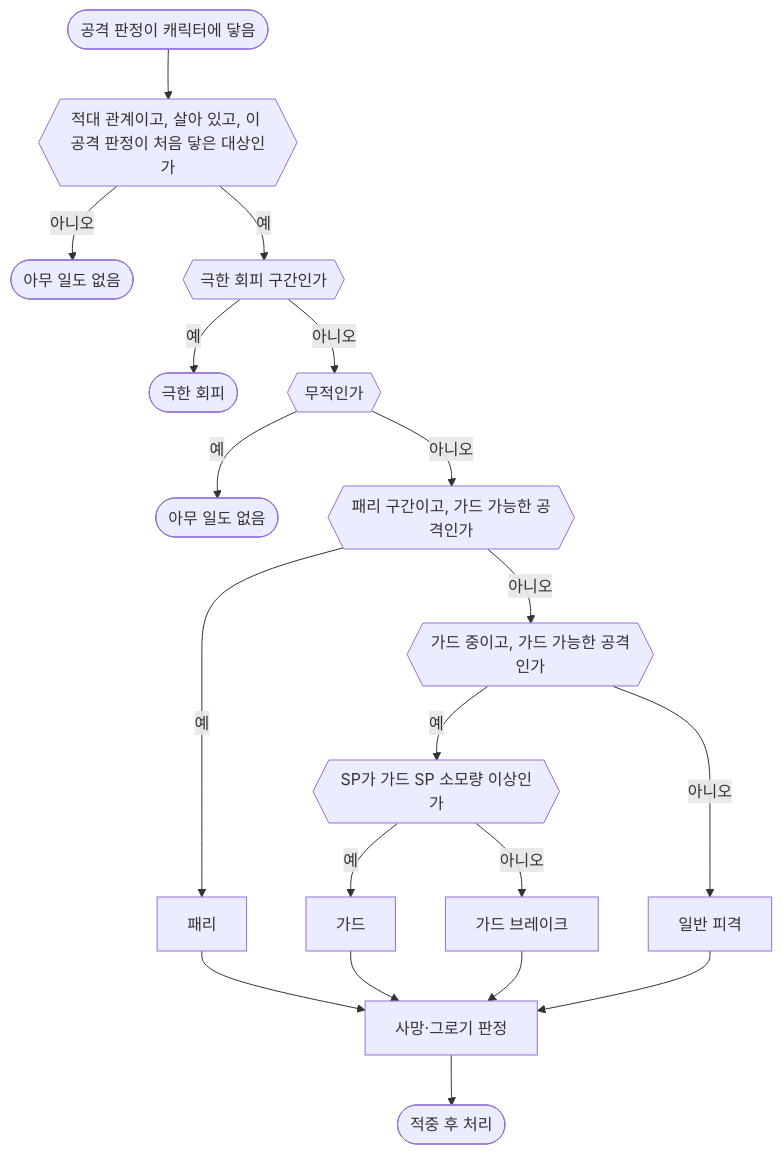
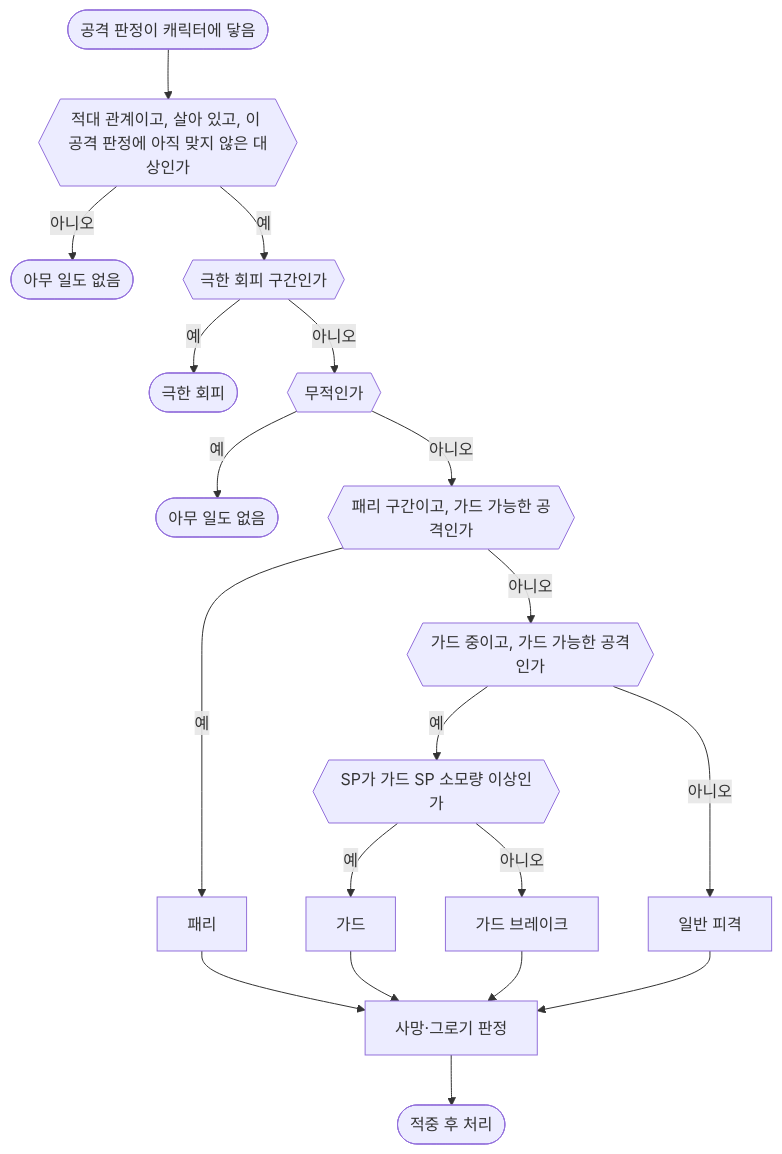
The diagram in Docs/Design/전투 시스템.md (Woogl/Ag), drawn with Mermaid before and after one commit. The commit also changed other lines of this file and 44 other files, not shown here.

````diff
--- a/Docs/Design/전투 시스템.md
+++ b/Docs/Design/전투 시스템.md
@@ -83,21 +95,21 @@
 ```mermaid
 flowchart TD
-    touch(["공격 판정이 캐릭터에 닿음"]) --> valid{{"적대 관계이고, 살아 있고, 이 공격 판정이 처음 닿은 대상인가"}}
+    touch(["공격 판정이 캐릭터에 닿음"]) --> valid{{"적대 관계이고, 살아 있고, 이 공격 판정에 아직 맞지 않은 대상인가"}}
     valid -->|아니오| none1(["아무 일도 없음"])
     valid -->|예| pdw{{"극한 회피 구간인가"}}
     pdw -->|예| pdodge(["극한 회피"])
     pdw -->|아니오| inv{{"무적인가"}}
     inv -->|예| none2(["아무 일도 없음"])
     inv -->|아니오| parryCheck{{"패리 구간이고, 가드 가능한 공격인가"}}
     parryCheck -->|예| parry["패리"]
     parryCheck -->|아니오| guardCheck{{"가드 중이고, 가드 가능한 공격인가"}}
     guardCheck -->|아니오| normal["일반 피격"]
     guardCheck -->|예| spCheck{{"SP가 가드 SP 소모량 이상인가"}}
     spCheck -->|예| guard["가드"]
     spCheck -->|아니오| guardBreak["가드 브레이크"]
     parry --> judge
     guard --> judge
     guardBreak --> judge
     normal --> judge
     judge["사망·그로기 판정"] --> fx(["적중 후 처리"])
 ```
````
